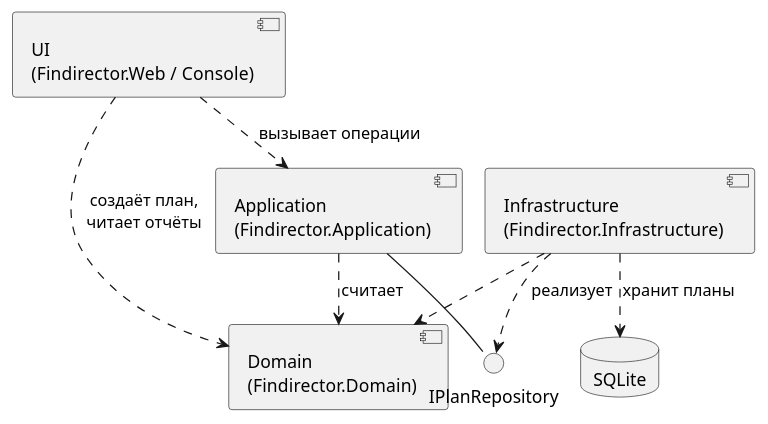
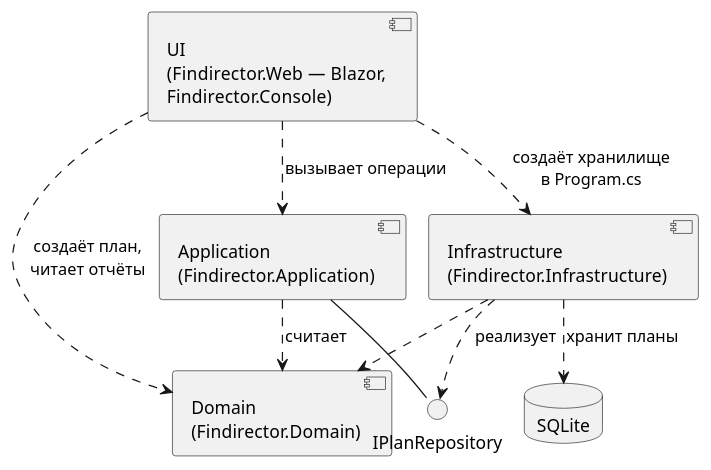
Before and after one commit to Lev12345678901234567890/Findirector: the diagram in docs/diagrams/components.puml, drawn with PlantUML. The commit also changed 45 other files, not shown here.

```diff
--- a/docs/diagrams/components.puml
+++ b/docs/diagrams/components.puml
@@ -1,18 +1,19 @@
 @startuml
 !pragma layout smetana
 
-component "UI\n(Findirector.Web / Console)" as UI
+component "UI\n(Findirector.Web — Blazor,\nFindirector.Console)" as UI
 component "Application\n(Findirector.Application)" as App
 component "Domain\n(Findirector.Domain)" as Domain
 component "Infrastructure\n(Findirector.Infrastructure)" as Infra
 interface "IPlanRepository" as Repo
 database "SQLite" as Db
 
 UI ..> App : вызывает операции
+UI ..> Infra : создаёт хранилище\nв Program.cs
 UI ..> Domain : создаёт план,\nчитает отчёты
 App ..> Domain : считает
 App -- Repo
 Infra ..> Repo : реализует
 Infra ..> Domain
 Infra ..> Db : хранит планы
 @enduml
```
